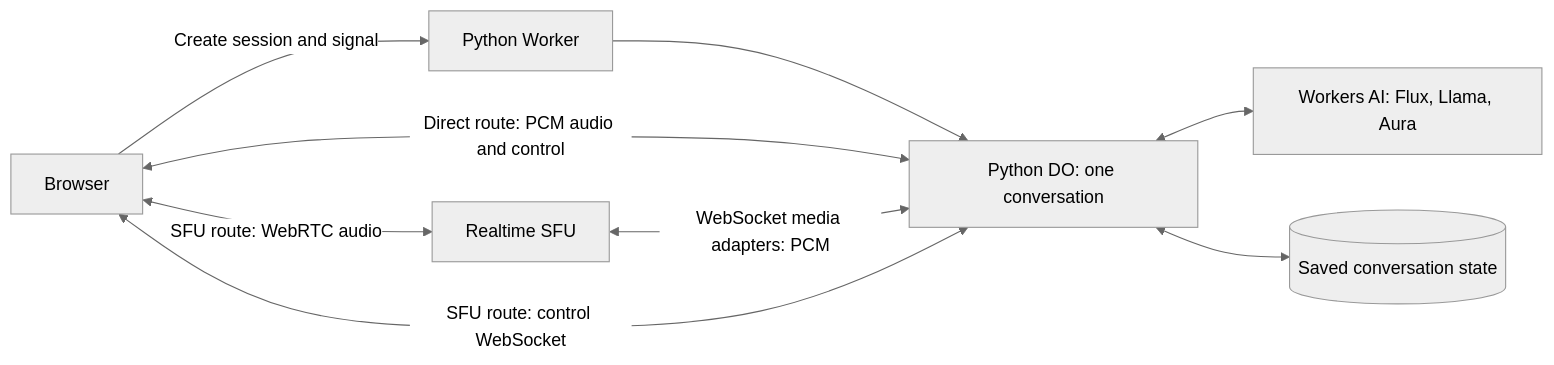
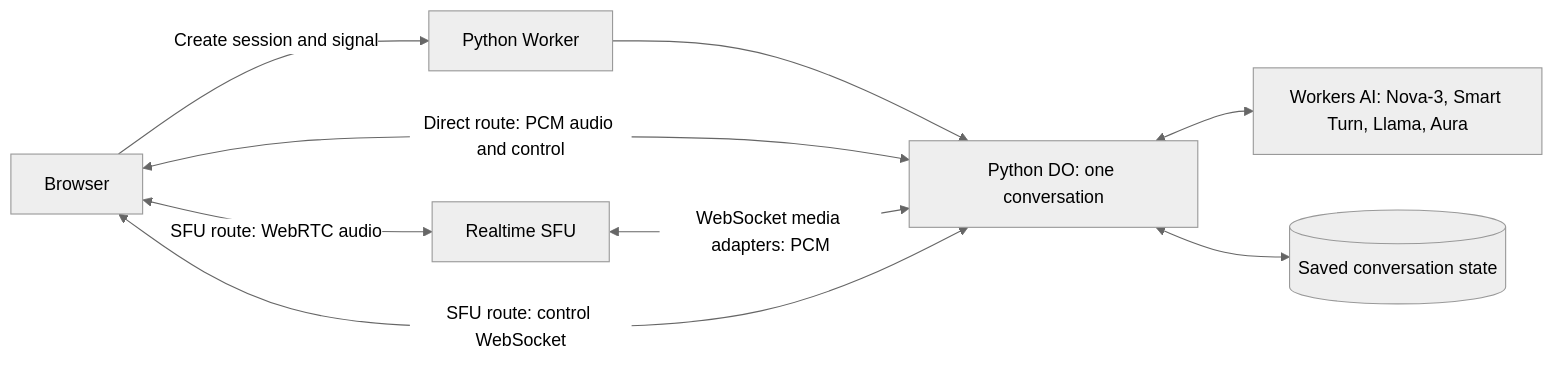
Before and after one commit to korinne/pipecat-on-workers: the diagram in docs/BASELINE.md, drawn with Mermaid (neutral theme). The commit also changed other lines of this file and 33 other files, not shown here.

Commit message:
Connect Nova speech events to hosted Smart Turn through Pipecat

````diff
--- a/docs/BASELINE.md
+++ b/docs/BASELINE.md
@@ -9,11 +9,11 @@
 ```mermaid
 flowchart LR
     Browser[Browser] -->|Create session and signal| Worker[Python Worker]
     Worker --> DO[Python DO: one conversation]
     Browser <-->|Direct route: PCM audio and control| DO
     Browser <-->|SFU route: WebRTC audio| SFU[Realtime SFU]
     SFU <-->|WebSocket media adapters: PCM| DO
     Browser <-->|SFU route: control WebSocket| DO
-    DO <--> AI[Workers AI: Flux, Llama, Aura]
+    DO <--> AI[Workers AI: Nova-3, Smart Turn, Llama, Aura]
     DO <--> Storage[(Saved conversation state)]
 ```
````
